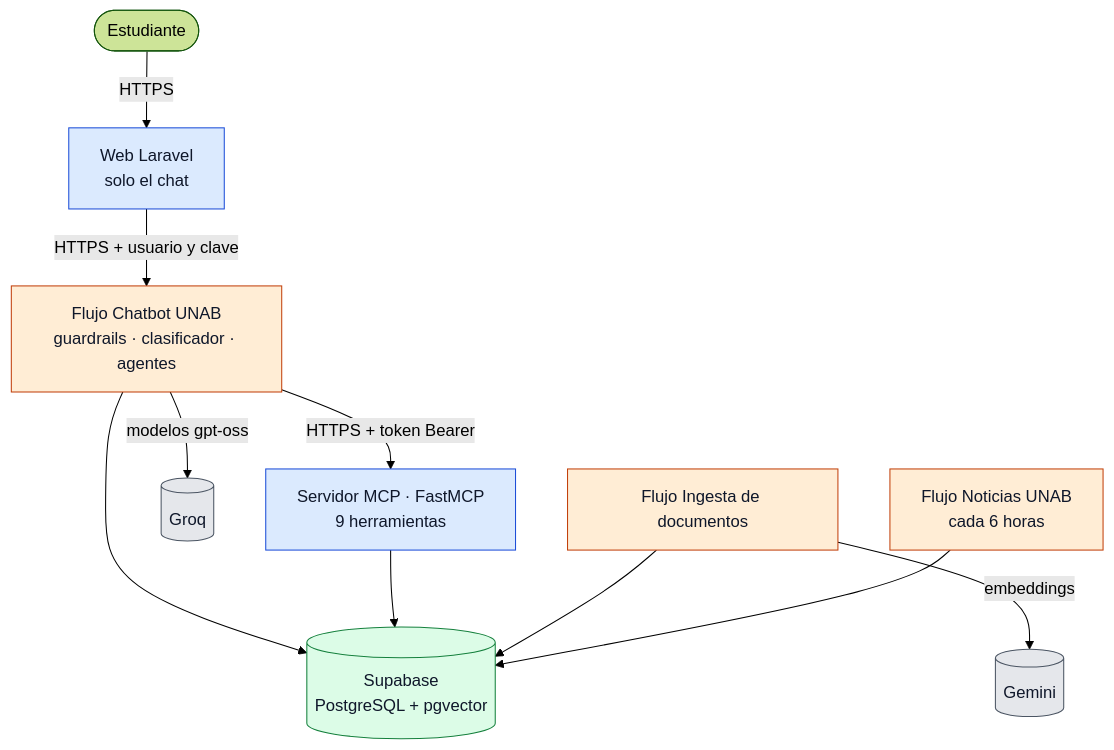
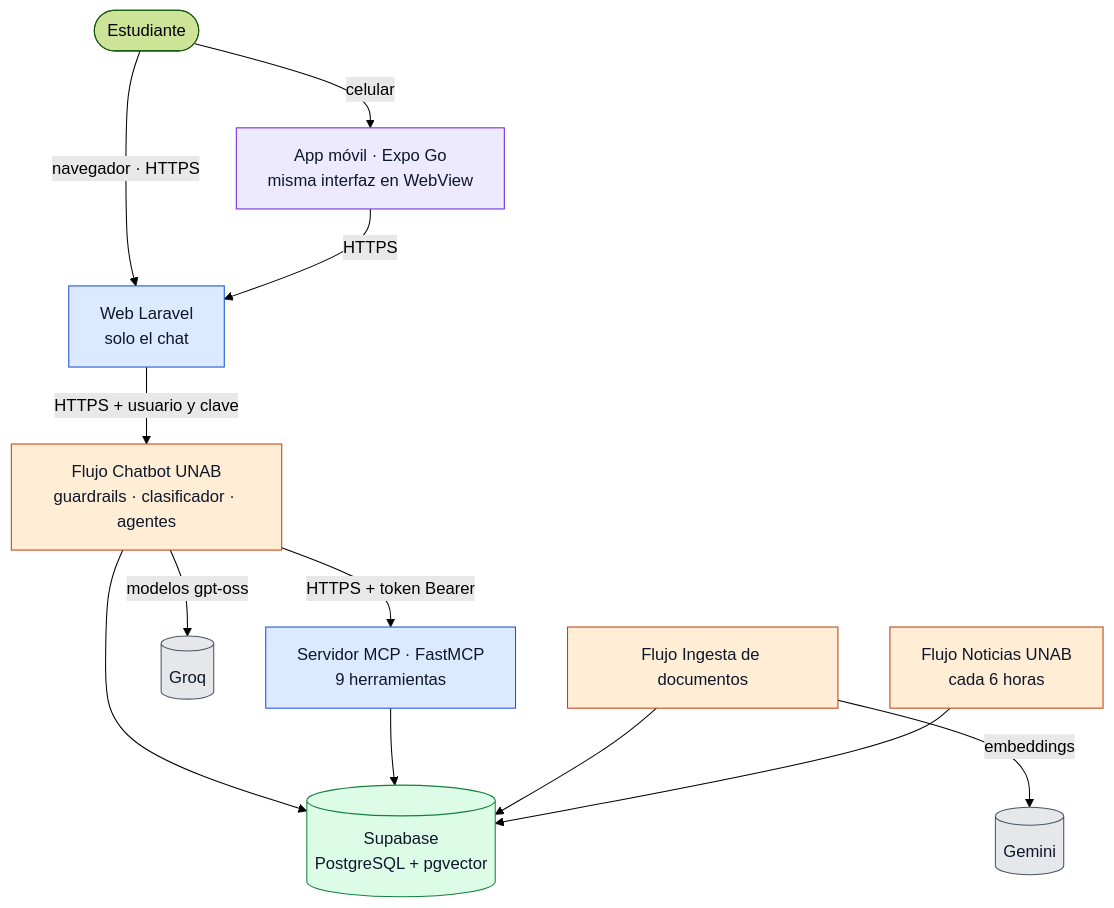
Before and after one commit to JavierLuna242/Chatbot: the first of 2 diagrams in README.md, drawn with Mermaid (forest theme). The commit also changed other lines of this file and 14 other files, not shown here.

````diff
--- a/README.md
+++ b/README.md
@@ -63,23 +87,27 @@
 ```mermaid
 flowchart TB
-    E([Estudiante]) -->|"HTTPS"| WEB["Web Laravel<br/>solo el chat"]
+    E([Estudiante]) -->|"navegador · HTTPS"| WEB["Web Laravel<br/>solo el chat"]
+    E -->|"celular"| APP["App móvil · Expo Go<br/>misma interfaz en WebView"]
+    APP -->|"HTTPS"| WEB
     WEB -->|"HTTPS + usuario y clave"| FLUJO["Flujo Chatbot UNAB<br/>guardrails · clasificador · agentes"]
     FLUJO -->|"HTTPS + token Bearer"| MCP["Servidor MCP · FastMCP<br/>9 herramientas"]
     FLUJO -->|"modelos gpt-oss"| GROQ[("Groq")]
     ING["Flujo Ingesta de documentos"] -->|"embeddings"| GEM[("Gemini")]
     NOT["Flujo Noticias UNAB<br/>cada 6 horas"]
     FLUJO --> SB
     MCP --> SB
     ING --> SB
     NOT --> SB
     SB[("Supabase<br/>PostgreSQL + pgvector")]
 
     classDef azure fill:#dbeafe,stroke:#1d4ed8,color:#0f172a
     classDef n8n fill:#ffedd5,stroke:#c2410c,color:#0f172a
     classDef externo fill:#e5e7eb,stroke:#4b5563,color:#0f172a
     classDef datos fill:#dcfce7,stroke:#15803d,color:#0f172a
+    classDef movil fill:#ede9fe,stroke:#6d28d9,color:#0f172a
     class WEB,MCP azure
+    class APP movil
     class FLUJO,ING,NOT n8n
     class GROQ,GEM externo
     class SB datos
 ```
````
